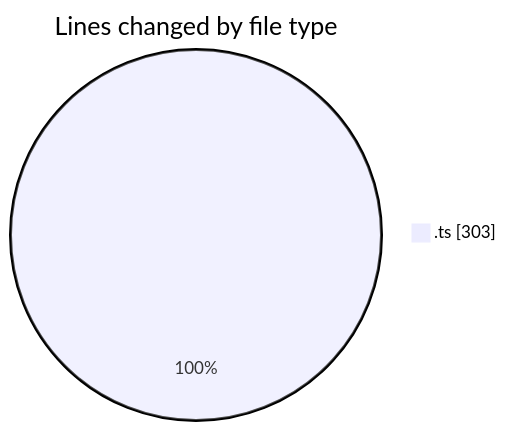
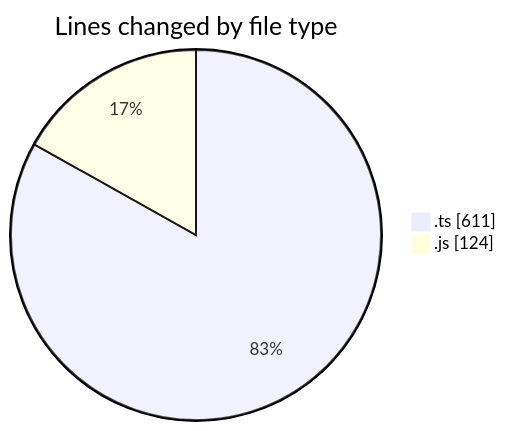
One commit to momahboobian/code-tracking changed the first of 2 diagrams in 2025-05-28/cda/README.md. Above: the diagram before and after it, drawn with Mermaid. The commit also changed other lines of this file and 1 other file, not shown here.

````diff
--- a/2025-05-28/cda/README.md
+++ b/2025-05-28/cda/README.md
@@ -20,5 +22,6 @@
 ```mermaid
 pie showData
 title Lines changed by file type
-".ts" : 303
+".ts" : 611
+".js" : 124
 ```
````
